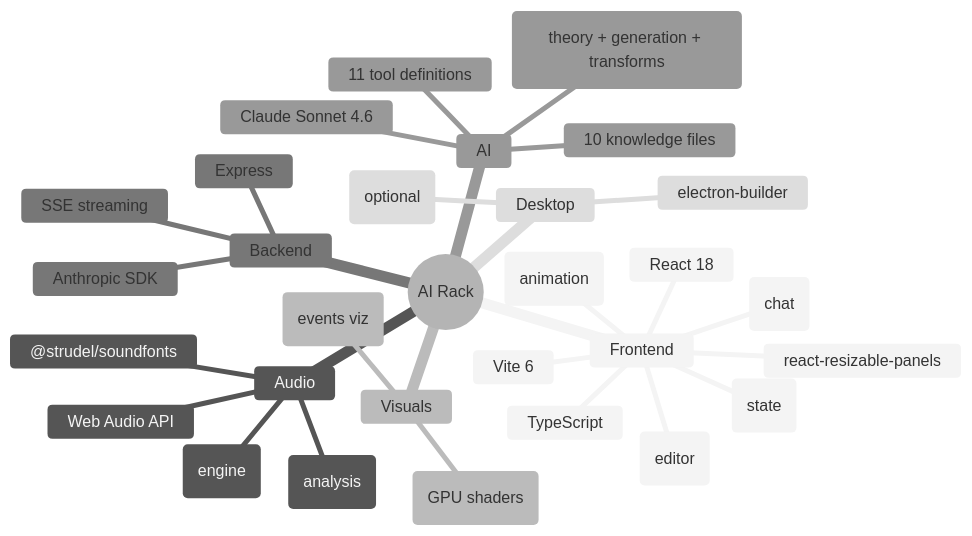
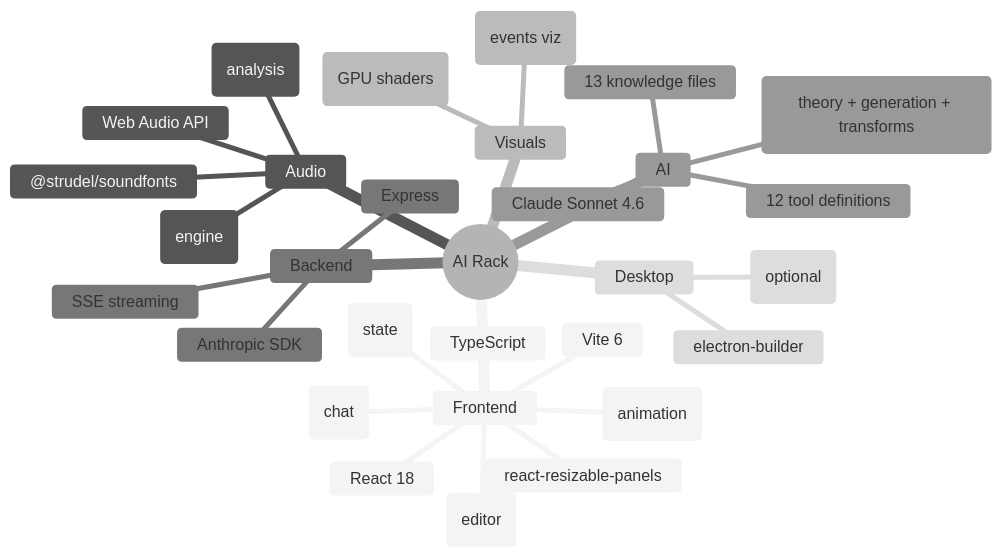
Before and after one commit to weathermachine/EuroHack: diagram 21 of 21 in docs/how-it-works.md, drawn with Mermaid (neutral theme). The commit also changed other lines of this file and 5 other files, not shown here.

````diff
--- a/docs/how-it-works.md
+++ b/docs/how-it-works.md
@@ -846,33 +857,33 @@
 ```mermaid
 mindmap
   root((AI Rack))
     Frontend
       React 18
       TypeScript
       Vite 6
       Zustand (state)
       CodeMirror 6 (editor)
       react-resizable-panels
       React Virtuoso (chat)
       Framer Motion (animation)
     Audio
       @strudel/web (engine)
       @strudel/soundfonts
       Meyda (analysis)
       Web Audio API
     Visuals
       hydra-synth (GPU shaders)
       Canvas 2D (events viz)
     Backend
       Express
       Anthropic SDK
       SSE streaming
     AI
       Claude Sonnet 4.6
-      10 knowledge files
-      11 tool definitions
+      13 knowledge files
+      12 tool definitions
       Music engine (theory + generation + transforms)
     Desktop
       Electron 33 (optional)
       electron-builder
 ```
````
